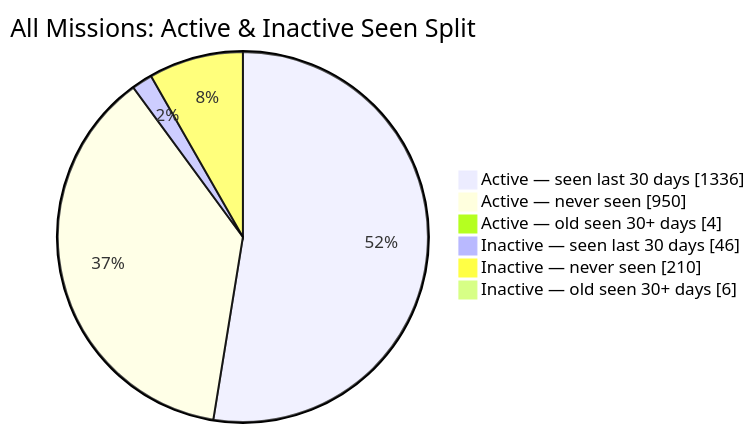
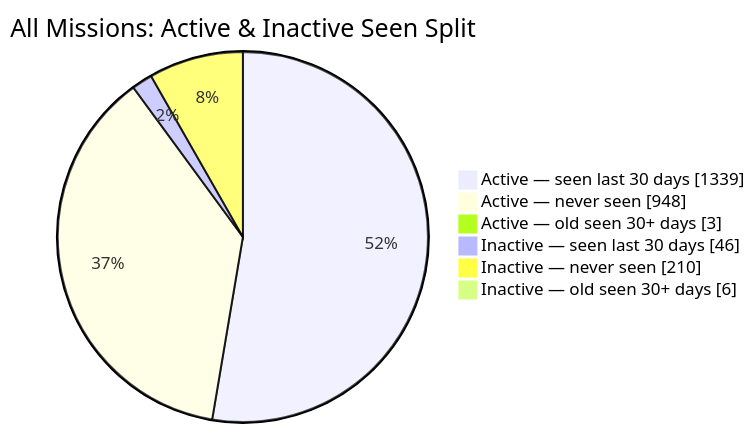
The second of 2 diagrams in README.md (MeldkamerspelGameTeam/active-missions), drawn with Mermaid before and after one commit. The commit also changed other lines of this file and 3 other files, not shown here.

````diff
--- a/README.md
+++ b/README.md
@@ -44,10 +44,10 @@
 ```mermaid
 pie showData
     title All Missions: Active & Inactive Seen Split
-    "Active — seen last 30 days" : 1336
-    "Active — never seen" : 950
-    "Active — old seen 30+ days" : 4
+    "Active — seen last 30 days" : 1339
+    "Active — never seen" : 948
+    "Active — old seen 30+ days" : 3
     "Inactive — seen last 30 days" : 46
     "Inactive — never seen" : 210
     "Inactive — old seen 30+ days" : 6
 ```
````
